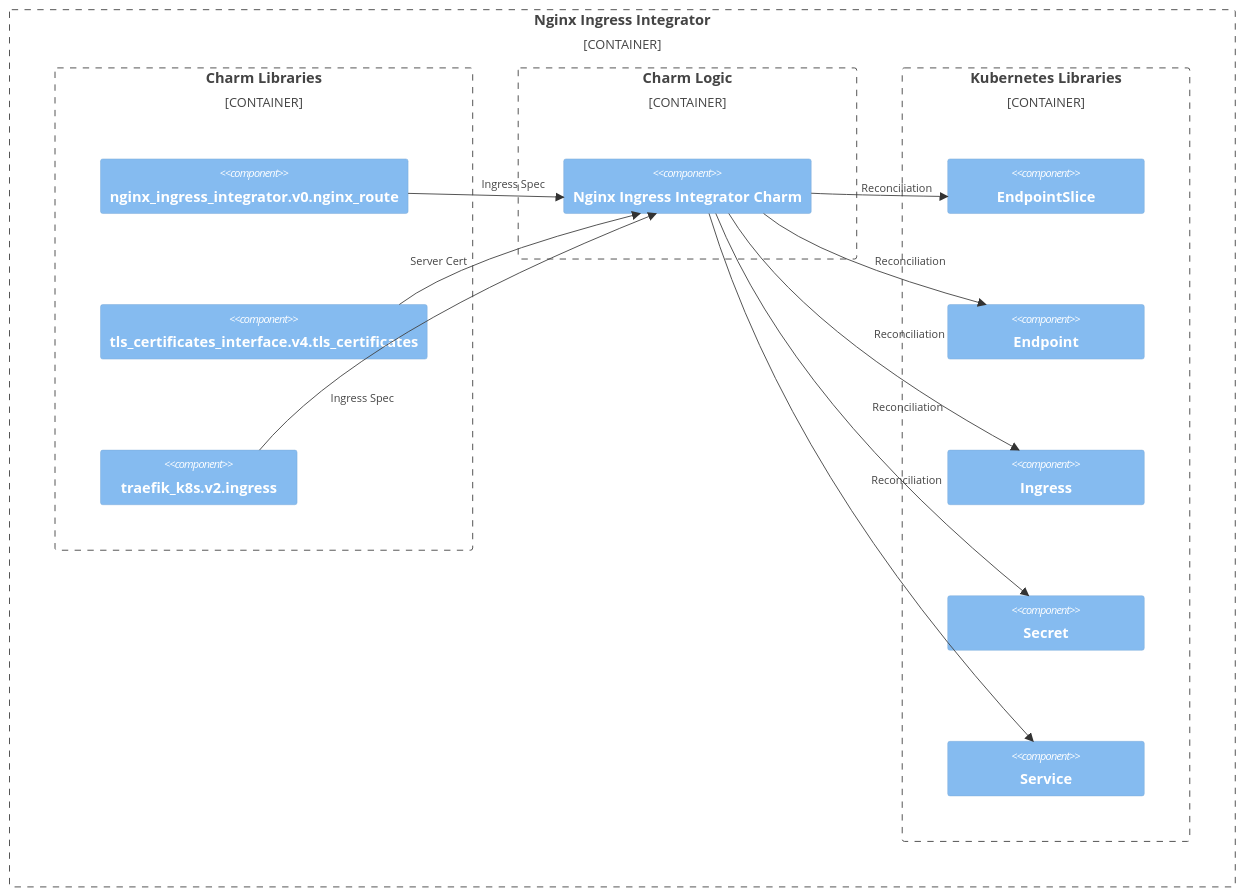
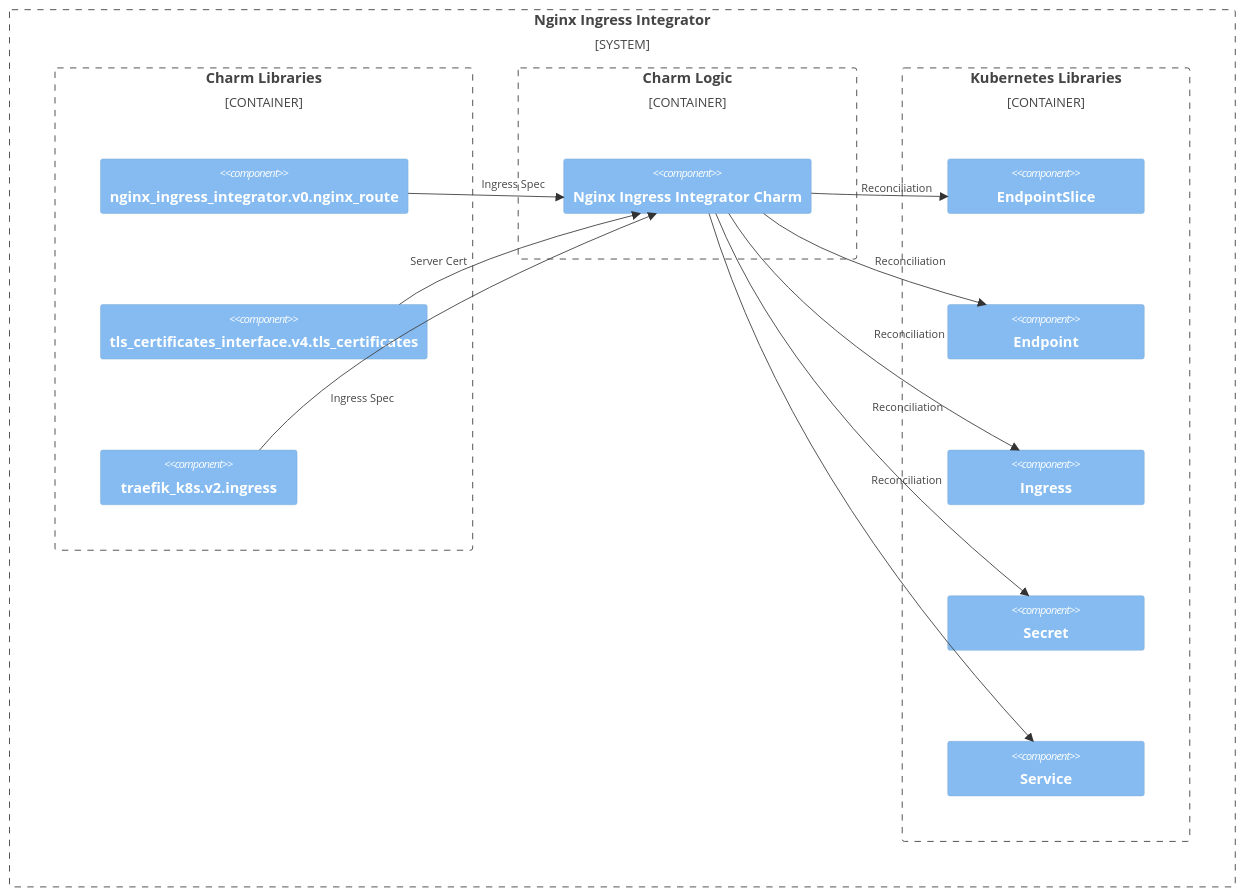
The diagram in docs/explanation/architecture.md (canonical/nginx-ingress-integrator-operator), drawn with Mermaid before and after one commit.

Commit message:
Use System_Boundary in C4 diagram

````diff
--- a/docs/explanation/architecture.md
+++ b/docs/explanation/architecture.md
@@ -109,38 +109,38 @@
 ```mermaid
 C4Context
-    Container_Boundary(nginx-ingress-integrator, "Nginx Ingress Integrator") {
+    System_Boundary(nginx-ingress-integrator, "Nginx Ingress Integrator") {
         Container_Boundary(charm-lib, "Charm Libraries") {
             Component(nginx-route-lib, "nginx_ingress_integrator.v0.nginx_route")
             Component(tls-certificates-lib, "tls_certificates_interface.v4.tls_certificates")
             Component(ingress-lib, "traefik_k8s.v2.ingress")
         }
         
         Container_Boundary(charm, "Charm Logic") {
             Component(nginx-ingress-integrator-charm, "Nginx Ingress Integrator Charm")
         }
         
         Container_Boundary(kubernetes-lib, "Kubernetes Libraries") {
             Component(endpoint-slice, "EndpointSlice")
             Component(endpoint, "Endpoint")
             Component(ingress, "Ingress")
             Component(secret, "Secret")
             Component(service, "Service")
         }
         
         Rel(nginx-route-lib, nginx-ingress-integrator-charm, "Ingress Spec")
         Rel(tls-certificates-lib, nginx-ingress-integrator-charm, "Server Cert")
         Rel(ingress-lib, nginx-ingress-integrator-charm, "Ingress Spec")
         Rel(nginx-ingress-integrator-charm, endpoint-slice, "Reconciliation")
         Rel(nginx-ingress-integrator-charm, endpoint, "Reconciliation")
         Rel(nginx-ingress-integrator-charm, ingress, "Reconciliation")
         Rel(nginx-ingress-integrator-charm, secret, "Reconciliation")
         Rel(nginx-ingress-integrator-charm, service, "Reconciliation")
 
         UpdateLayoutConfig($c4ShapeInRow="1", $c4BoundaryInRow="4")
         
         UpdateRelStyle(nginx-route-lib, nginx-ingress-integrator-charm , $offsetY="-15", $offsetX="-5")
         UpdateRelStyle(tls-certificates-lib, nginx-ingress-integrator-charm, $offsetY="0", $offsetX="-120")
         UpdateRelStyle(ingress-lib, nginx-ingress-integrator-charm, $offsetY="70", $offsetX="-140")
         UpdateRelStyle(nginx-ingress-integrator-charm, endpoint-slice, $offsetY="-10", $offsetX="-20")
     }
 ```
````
